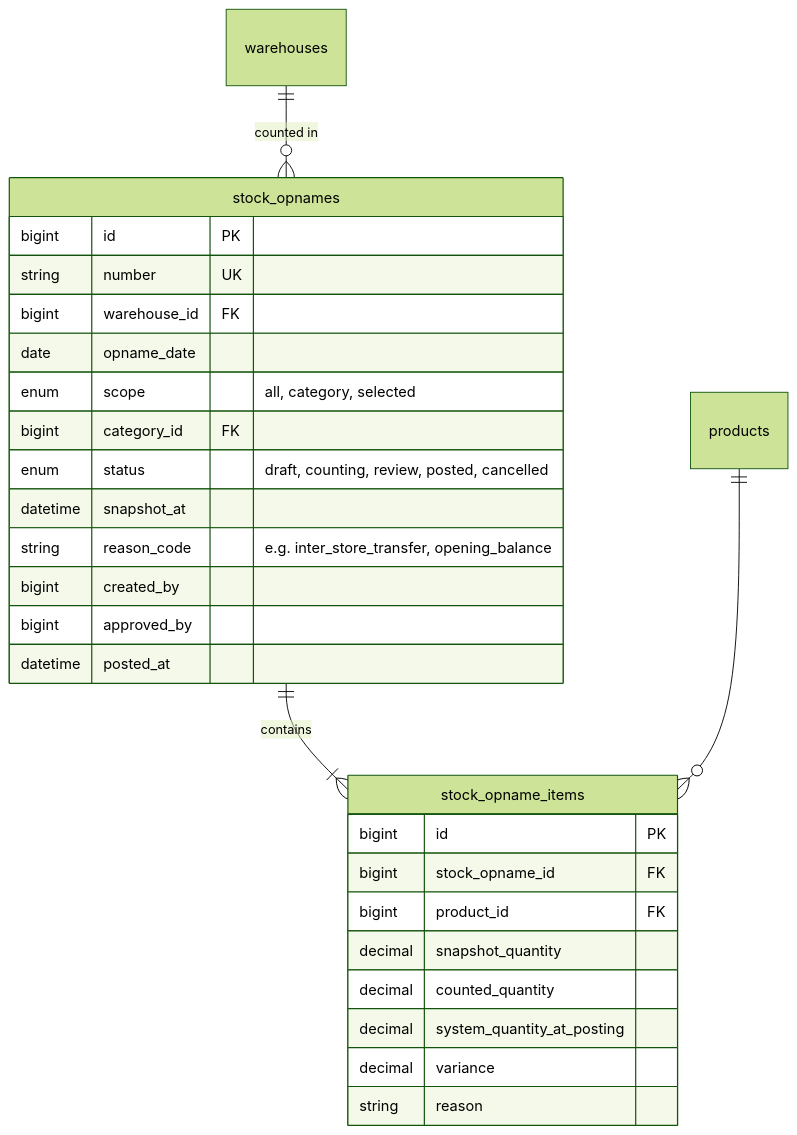
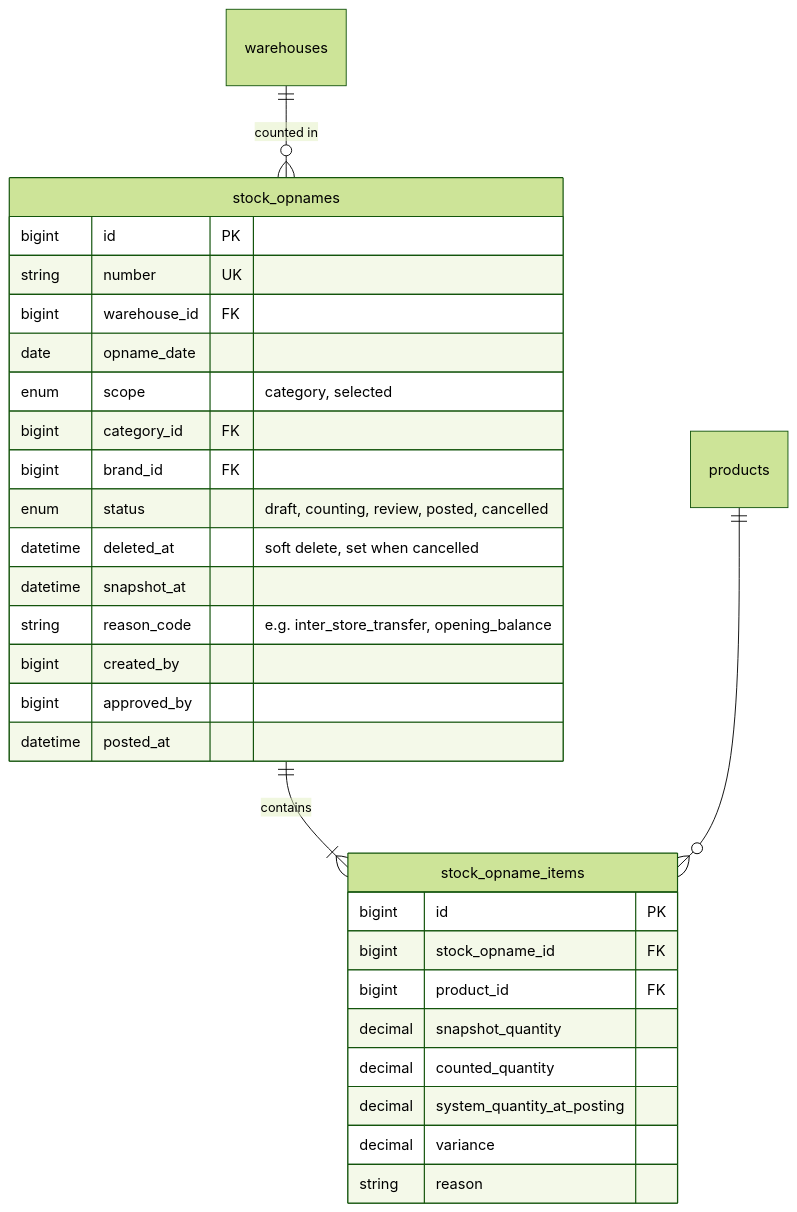
One commit to aliefpraditya/store-management changed diagram 25 of 30 in docs/analisis-sistem.md. Above: the diagram before and after it, drawn with Mermaid (forest theme). The commit also changed other lines of this file and 9 other files, not shown here.

````diff
--- a/docs/analisis-sistem.md
+++ b/docs/analisis-sistem.md
@@ -1189,31 +1189,33 @@
 ```mermaid
 erDiagram
     warehouses ||--o{ stock_opnames : "counted in"
     stock_opnames ||--|{ stock_opname_items : "contains"
     products ||--o{ stock_opname_items : ""
 
     stock_opnames {
         bigint id PK
         string number UK
         bigint warehouse_id FK
         date opname_date
-        enum scope "all, category, selected"
+        enum scope "category, selected"
         bigint category_id FK
+        bigint brand_id FK
         enum status "draft, counting, review, posted, cancelled"
+        datetime deleted_at "soft delete, set when cancelled"
         datetime snapshot_at
         string reason_code "e.g. inter_store_transfer, opening_balance"
         bigint created_by
         bigint approved_by
         datetime posted_at
     }
     stock_opname_items {
         bigint id PK
         bigint stock_opname_id FK
         bigint product_id FK
         decimal snapshot_quantity
         decimal counted_quantity
         decimal system_quantity_at_posting
         decimal variance
         string reason
     }
 ```
````
